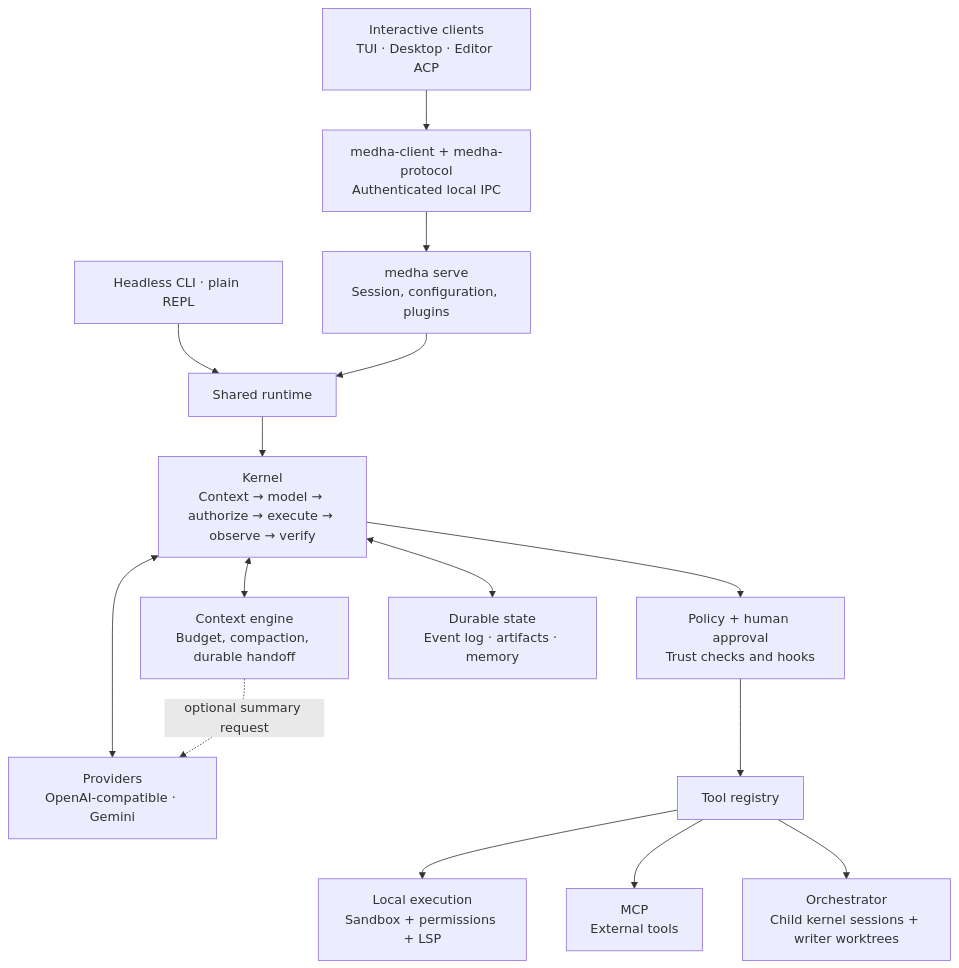
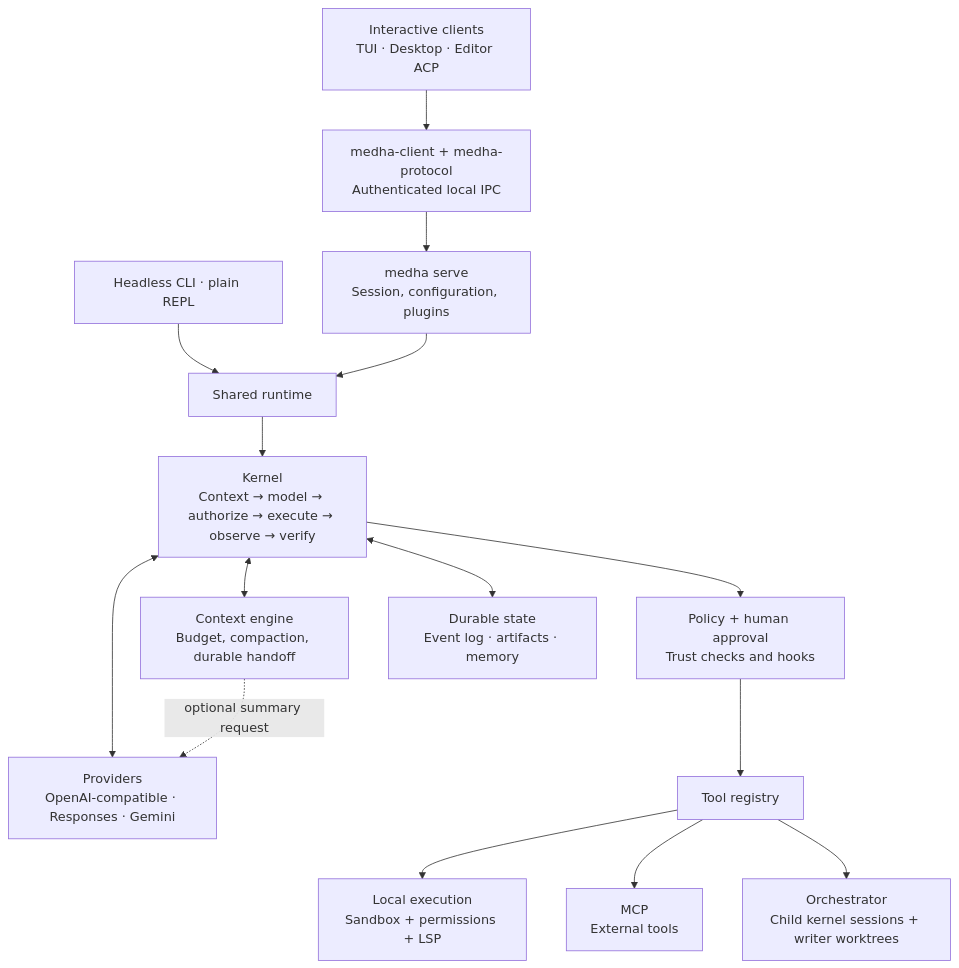
Before and after one commit to kashyaprajharsh/medha-agent: the diagram in README.md, drawn with Mermaid. The commit also changed other lines of this file and 1 other file, not shown here.

Commit message:
Describe the command reader, ChatGPT plans, Responses and prompt caching in the README

````diff
--- a/README.md
+++ b/README.md
@@ -296,17 +298,17 @@
 ```mermaid
 flowchart TB
     UI["Interactive clients<br/>TUI · Desktop · Editor ACP"] --> CLIENT["medha-client + medha-protocol<br/>Authenticated local IPC"]
     CLIENT --> CLI["medha serve<br/>Session, configuration, plugins"]
     DIRECT["Headless CLI · plain REPL"] --> RUNTIME["Shared runtime"]
     CLI --> RUNTIME
     RUNTIME --> K["Kernel<br/>Context → model → authorize → execute → observe → verify"]
     K <--> C["Context engine<br/>Budget, compaction, durable handoff"]
-    K <--> P["Providers<br/>OpenAI-compatible · Gemini"]
+    K <--> P["Providers<br/>OpenAI-compatible · Responses · Gemini"]
     C -. "optional summary request" .-> P
     K --> G["Policy + human approval<br/>Trust checks and hooks"]
     G --> T["Tool registry"]
     T --> S["Local execution<br/>Sandbox + permissions + LSP"]
     T --> M["MCP<br/>External tools"]
     T --> A["Orchestrator<br/>Child kernel sessions + writer worktrees"]
     K <--> D["Durable state<br/>Event log · artifacts · memory"]
 ```
````
